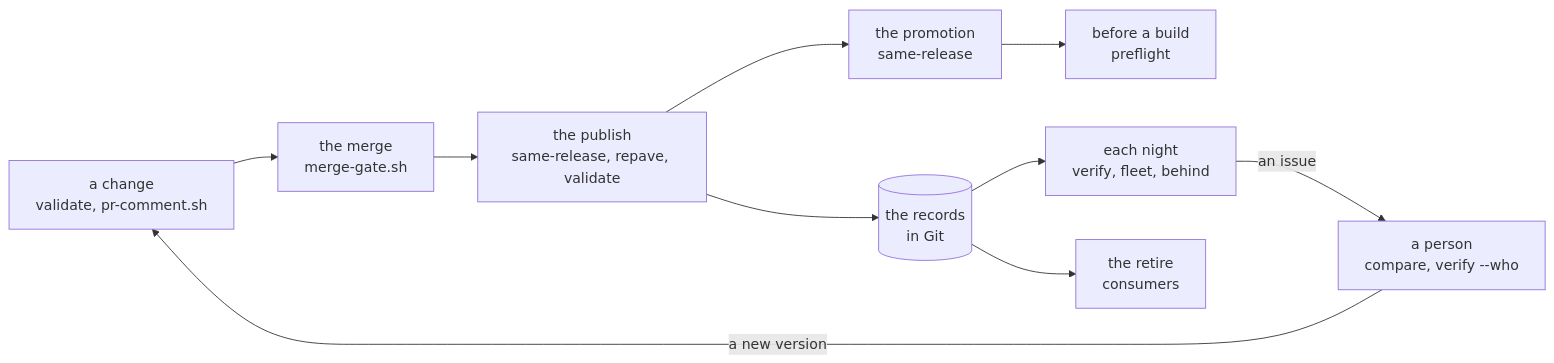
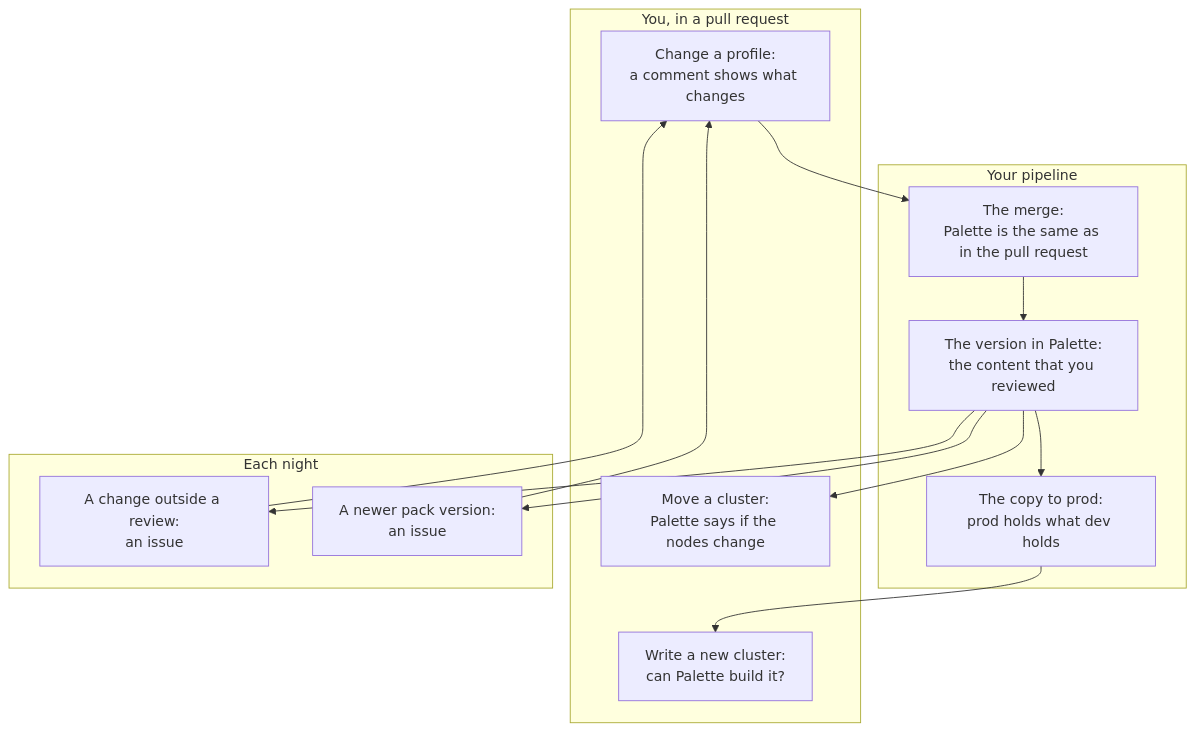
One commit to como-technologies/strata changed the diagram in docs/src/loop.md. Above: the diagram before and after it, drawn with Mermaid. The commit also changed other lines of this file and 3 other files, not shown here.

First line of the commit message:
The top of loop.md speaks to a developer: what you do, what strata tells you, and where it runs

````diff
--- a/docs/src/loop.md
+++ b/docs/src/loop.md
@@ -30,12 +34,21 @@
 ```mermaid
-flowchart LR
-  change["a change<br/>validate, pr-comment.sh"] --> merge["the merge<br/>merge-gate.sh"]
-  merge --> publish["the publish<br/>same-release, repave, validate"]
-  publish --> record[("the records<br/>in Git")]
-  publish --> promote["the promotion<br/>same-release"]
-  promote --> build["before a build<br/>preflight"]
-  record --> nightly["each night<br/>verify, fleet, behind"]
-  nightly -- "an issue" --> person["a person<br/>compare, verify --who"]
-  person -- "a new version" --> change
-  record --> retire["the retire<br/>consumers"]
+flowchart TB
+  subgraph you["You, in a pull request"]
+    pr["Change a profile:<br/>a comment shows what changes"]
+    move["Move a cluster:<br/>Palette says if the nodes change"]
+    newc["Write a new cluster:<br/>can Palette build it?"]
+  end
+  subgraph pipe["Your pipeline"]
+    merge["The merge:<br/>Palette is the same as in the pull request"]
+    make["The version in Palette:<br/>the content that you reviewed"]
+    prod["The copy to prod:<br/>prod holds what dev holds"]
+  end
+  subgraph night["Each night"]
+    drift["A change outside a review:<br/>an issue"]
+    newer["A newer pack version:<br/>an issue"]
+  end
+  pr --> merge --> make --> move
+  make --> prod --> newc
+  make --> drift --> pr
+  make --> newer --> pr
 ```
````
